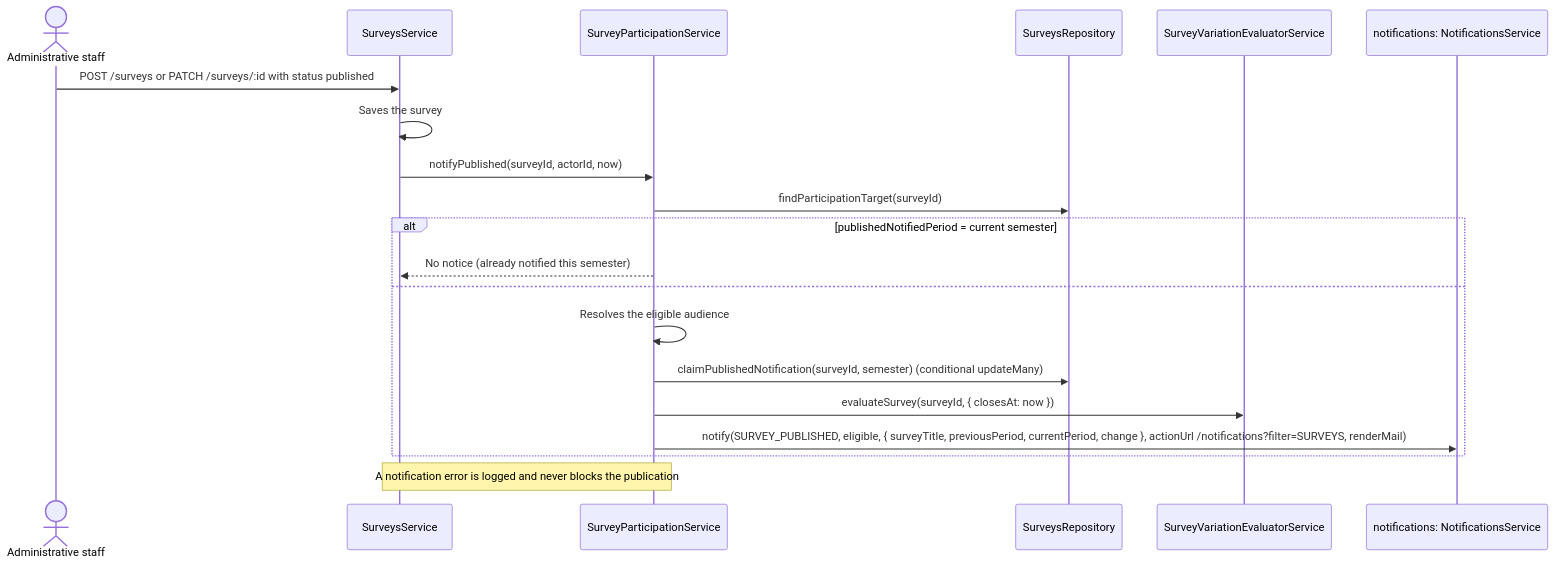
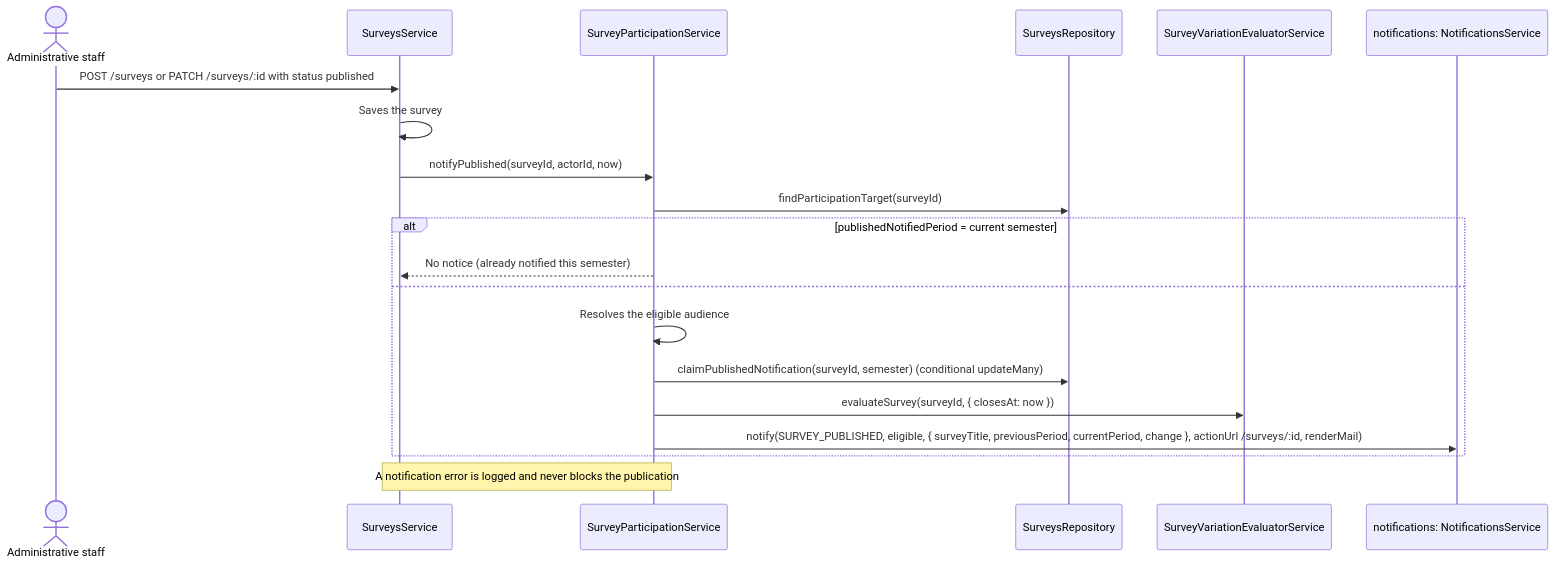
The second of 5 diagrams in docs/surveys/README.md (UMSSY/umssy-app), drawn with Mermaid before and after one commit. The commit also changed other lines of this file and 2 other files, not shown here.

Commit message:
fix(surveys): open survey from published notice

````diff
--- a/docs/surveys/README.md
+++ b/docs/surveys/README.md
@@ -79,22 +79,22 @@
 ```mermaid
 sequenceDiagram
   actor A as Administrative staff
   participant S as SurveysService
   participant P as SurveyParticipationService
   participant R as SurveysRepository
   participant E as SurveyVariationEvaluatorService
   participant N as notifications: NotificationsService
   A->>S: POST /surveys or PATCH /surveys/:id with status published
   S->>S: Saves the survey
   S->>P: notifyPublished(surveyId, actorId, now)
   P->>R: findParticipationTarget(surveyId)
   alt publishedNotifiedPeriod = current semester
     P-->>S: No notice (already notified this semester)
   else
     P->>P: Resolves the eligible audience
     P->>R: claimPublishedNotification(surveyId, semester) (conditional updateMany)
     P->>E: evaluateSurvey(surveyId, { closesAt: now })
-    P->>N: notify(SURVEY_PUBLISHED, eligible, { surveyTitle, previousPeriod, currentPeriod, change }, actionUrl /notifications?filter=SURVEYS, renderMail)
+    P->>N: notify(SURVEY_PUBLISHED, eligible, { surveyTitle, previousPeriod, currentPeriod, change }, actionUrl /surveys/:id, renderMail)
   end
   Note over S,P: A notification error is logged and never blocks the publication
 ```
````
